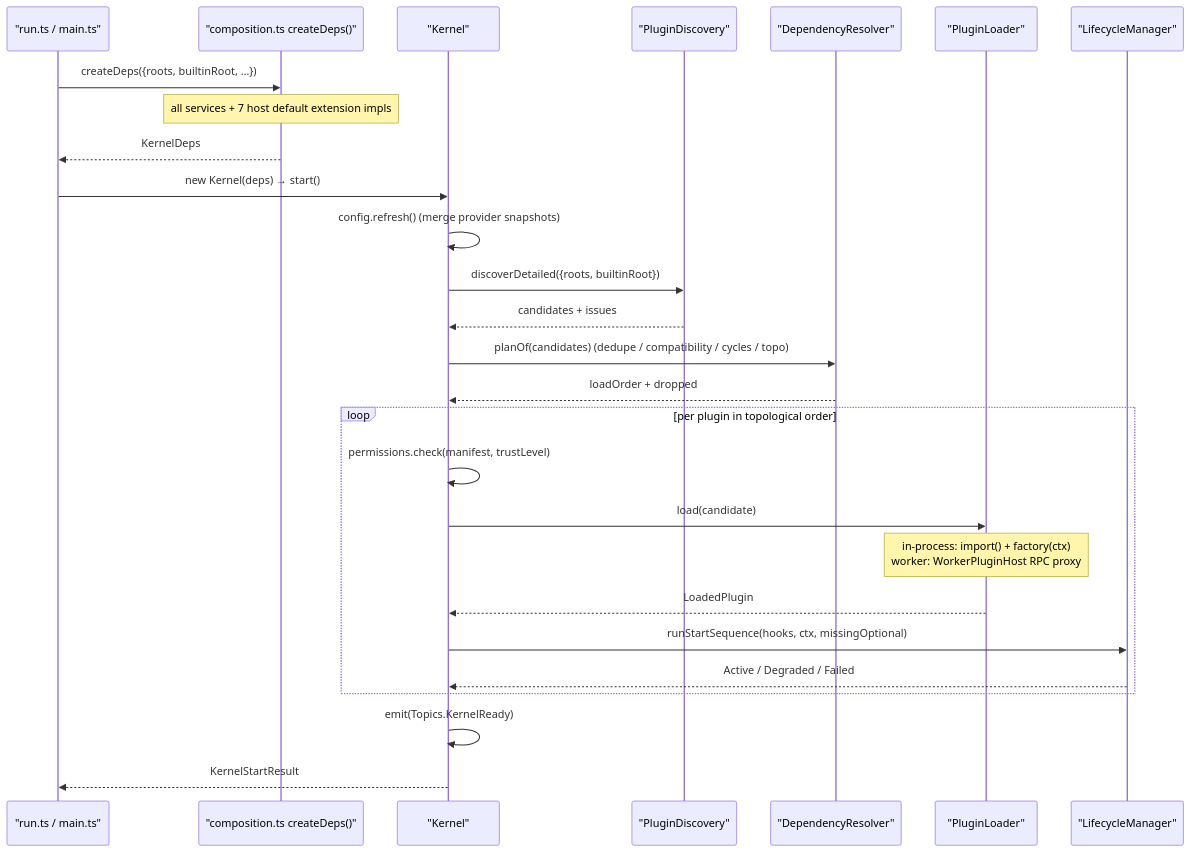
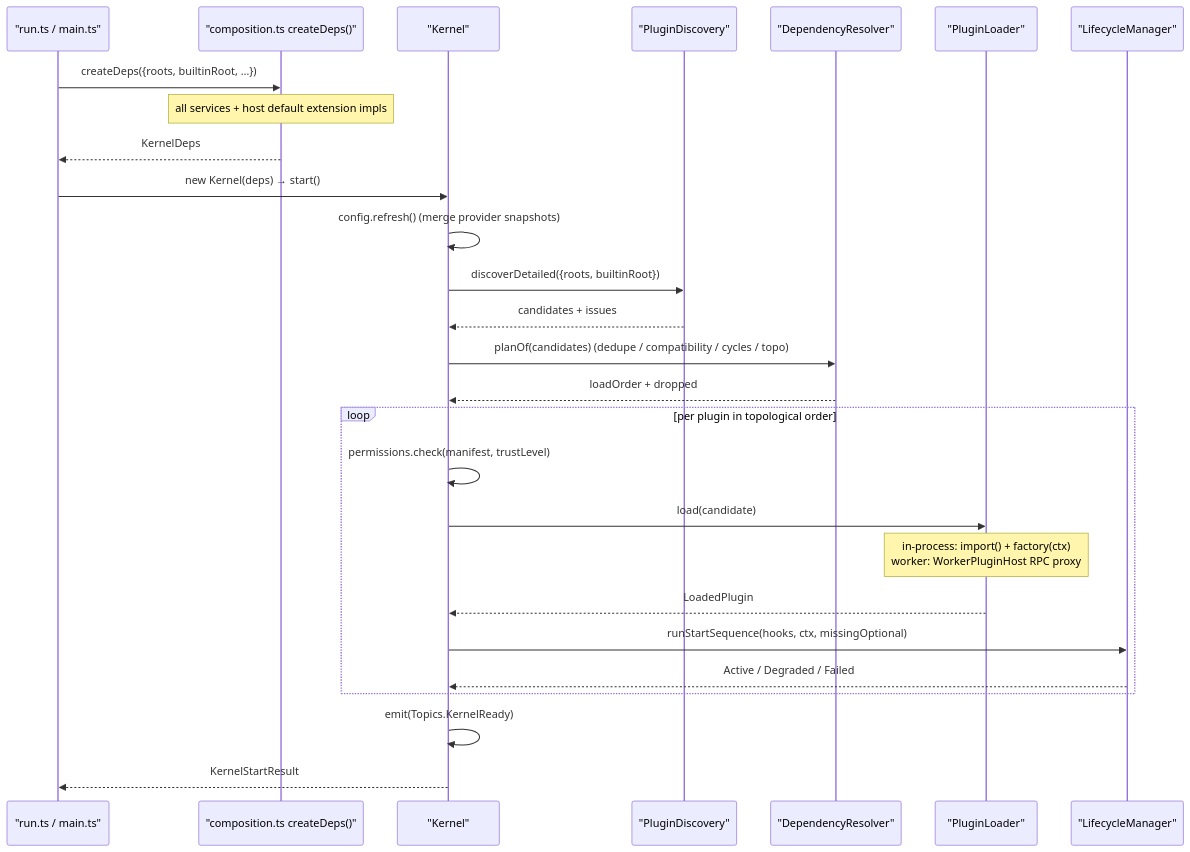
One commit to kino14910/REM2 changed the third of 5 diagrams in docs/en/01-architecture-overview.md. Above: the diagram before and after it, drawn with Mermaid. The commit also changed other lines of this file and 13 other files, not shown here.

````diff
--- a/docs/en/01-architecture-overview.md
+++ b/docs/en/01-architecture-overview.md
@@ -363,30 +364,30 @@
 ```mermaid
 sequenceDiagram
     participant Host as "run.ts / main.ts"
     participant Deps as "composition.ts createDeps()"
     participant K as "Kernel"
     participant Disc as "PluginDiscovery"
     participant Res as "DependencyResolver"
     participant Loader as "PluginLoader"
     participant LC as "LifecycleManager"
 
     Host->>Deps: createDeps({roots, builtinRoot, …})
-    Note over Deps: all services + 7 host default extension impls
+    Note over Deps: all services + host default extension impls
     Deps-->>Host: KernelDeps
     Host->>K: new Kernel(deps) → start()
     K->>K: config.refresh() (merge provider snapshots)
     K->>Disc: discoverDetailed({roots, builtinRoot})
     Disc-->>K: candidates + issues
     K->>Res: planOf(candidates) (dedupe / compatibility / cycles / topo)
     Res-->>K: loadOrder + dropped
     loop per plugin in topological order
         K->>K: permissions.check(manifest, trustLevel)
         K->>Loader: load(candidate)
         Note over Loader: in-process: import() + factory(ctx)<br/>worker: WorkerPluginHost RPC proxy
         Loader-->>K: LoadedPlugin
         K->>LC: runStartSequence(hooks, ctx, missingOptional)
         LC-->>K: Active / Degraded / Failed
     end
     K->>K: emit(Topics.KernelReady)
     K-->>Host: KernelStartResult
 ```
````
